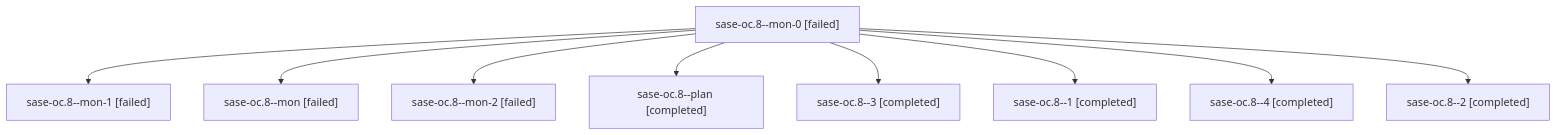
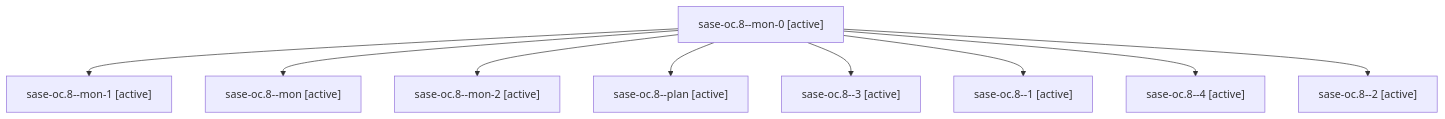
The diagram in families/bbugyi200.athena.sase-oc.8.md (sase-org/sase--agents), drawn with Mermaid before and after one commit. The commit also changed other lines of this file and 35830 other files, not shown here.

````diff
--- a/families/bbugyi200.athena.sase-oc.8.md
+++ b/families/bbugyi200.athena.sase-oc.8.md
@@ -9,20 +9,20 @@
 ```mermaid
 flowchart TD
-  n0["sase-oc.8--mon-0 [failed]"]
-  n1["sase-oc.8--mon-1 [failed]"]
+  n0["sase-oc.8--mon-0 [active]"]
+  n1["sase-oc.8--mon-1 [active]"]
   n0 --> n1
-  n2["sase-oc.8--mon [failed]"]
+  n2["sase-oc.8--mon [active]"]
   n0 --> n2
-  n3["sase-oc.8--mon-2 [failed]"]
+  n3["sase-oc.8--mon-2 [active]"]
   n0 --> n3
-  n4["sase-oc.8--plan [completed]"]
+  n4["sase-oc.8--plan [active]"]
   n0 --> n4
-  n5["sase-oc.8--3 [completed]"]
+  n5["sase-oc.8--3 [active]"]
   n0 --> n5
-  n6["sase-oc.8--1 [completed]"]
+  n6["sase-oc.8--1 [active]"]
   n0 --> n6
-  n7["sase-oc.8--4 [completed]"]
+  n7["sase-oc.8--4 [active]"]
   n0 --> n7
-  n8["sase-oc.8--2 [completed]"]
+  n8["sase-oc.8--2 [active]"]
   n0 --> n8
 ```
````
